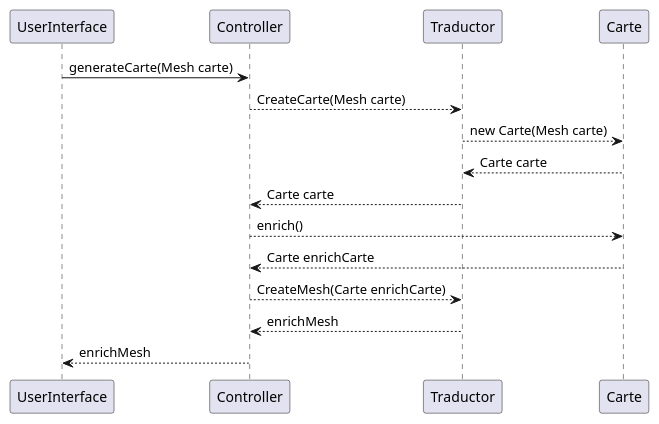
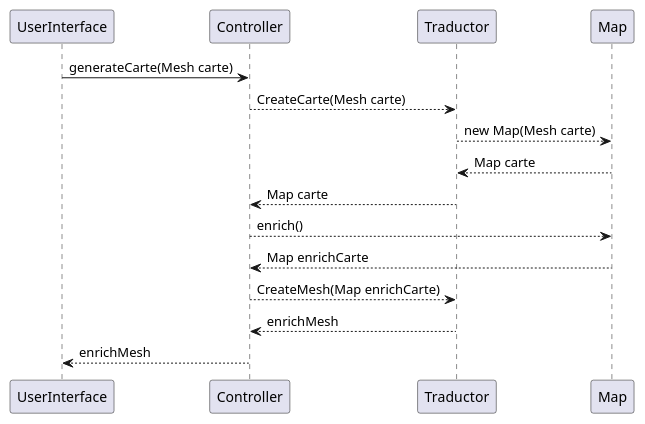
Before and after one commit to cryptoswarm/terrain-generator: the diagram in diagram_de_sequence.puml, drawn with PlantUML. The commit also changed 10 other files, not shown here.

Commit message:
Refactor 'Carte' to 'Map'

```diff
--- a/diagram_de_sequence.puml
+++ b/diagram_de_sequence.puml
@@ -1,14 +1,14 @@
 @startuml
 UserInterface -> Controller : generateCarte(Mesh carte)
 Controller --> Traductor : CreateCarte(Mesh carte)
-Traductor --> Carte : new Carte(Mesh carte)
-Traductor <-- Carte : Carte carte
-Controller <-- Traductor : Carte carte
-Controller --> Carte : enrich()
-Controller <-- Carte : Carte enrichCarte
-Controller --> Traductor : CreateMesh(Carte enrichCarte)
+Traductor --> Map : new Map(Mesh carte)
+Traductor <-- Map : Map carte
+Controller <-- Traductor : Map carte
+Controller --> Map : enrich()
+Controller <-- Map : Map enrichCarte
+Controller --> Traductor : CreateMesh(Map enrichCarte)
 Controller <-- Traductor : enrichMesh
 UserInterface <-- Controller : enrichMesh
 
 
 @enduml
```
